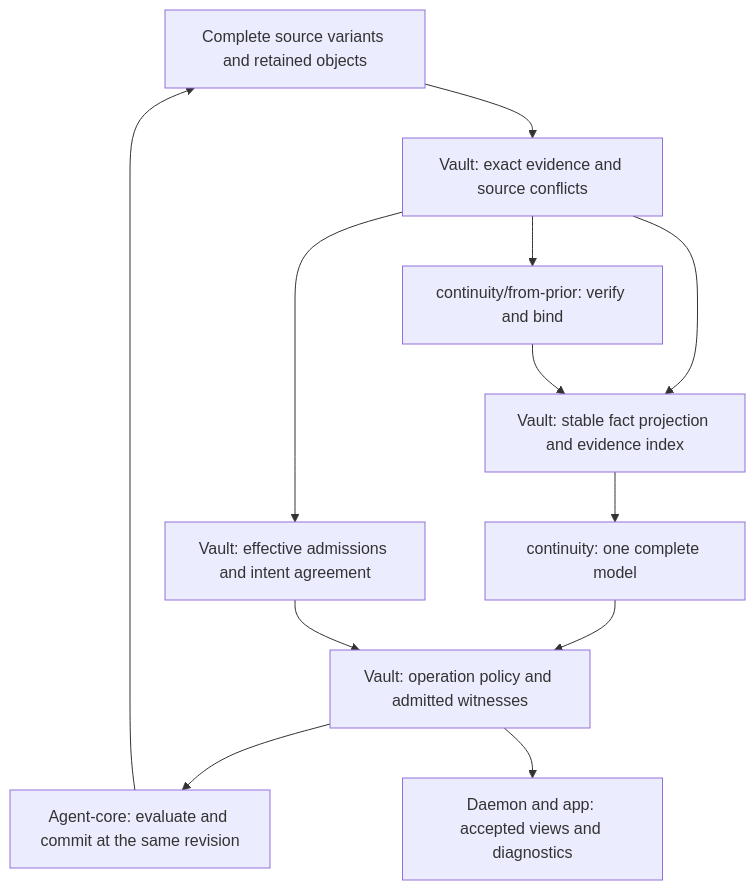
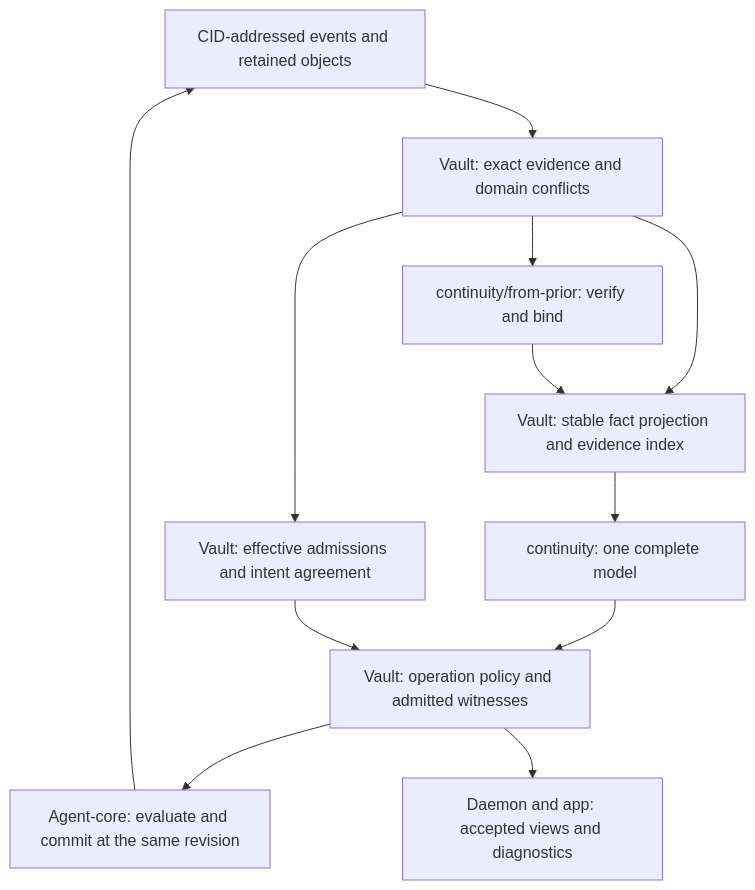
One commit to estoc-net/estoc changed the third of 3 diagrams in docs/replica-model/channels.md. Above: the diagram before and after it, drawn with Mermaid. The commit also changed other lines of this file and 8 other files, not shown here.

````diff
--- a/docs/replica-model/channels.md
+++ b/docs/replica-model/channels.md
@@ -493,14 +493,14 @@
 ```mermaid
 flowchart TD
-    S["Complete source variants and retained objects"] --> E["Vault: exact evidence and source conflicts"]
+    S["CID-addressed events and retained objects"] --> E["Vault: exact evidence and domain conflicts"]
     E --> P["continuity/from-prior: verify and bind"]
     E --> F["Vault: stable fact projection and evidence index"]
     P --> F
     F --> M["continuity: one complete model"]
     E --> A["Vault: effective admissions and intent agreement"]
     M --> H["Vault: operation policy and admitted witnesses"]
     A --> H
     H --> R["Agent-core: evaluate and commit at the same revision"]
     R --> S
     H --> V["Daemon and app: accepted views and diagnostics"]
 ```
````
